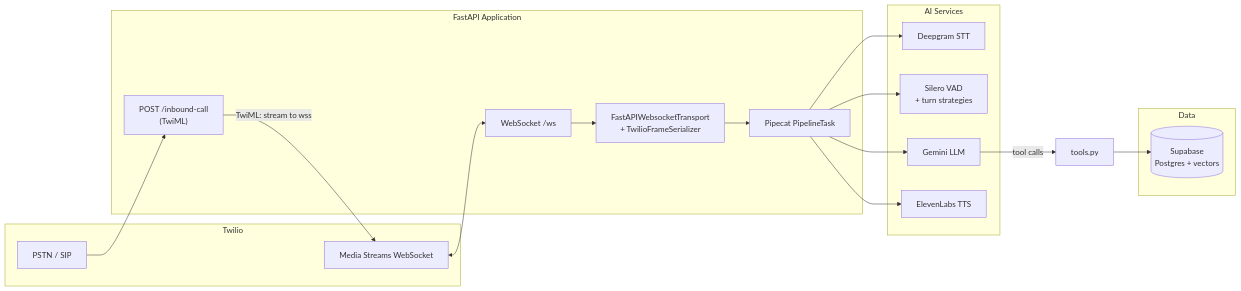
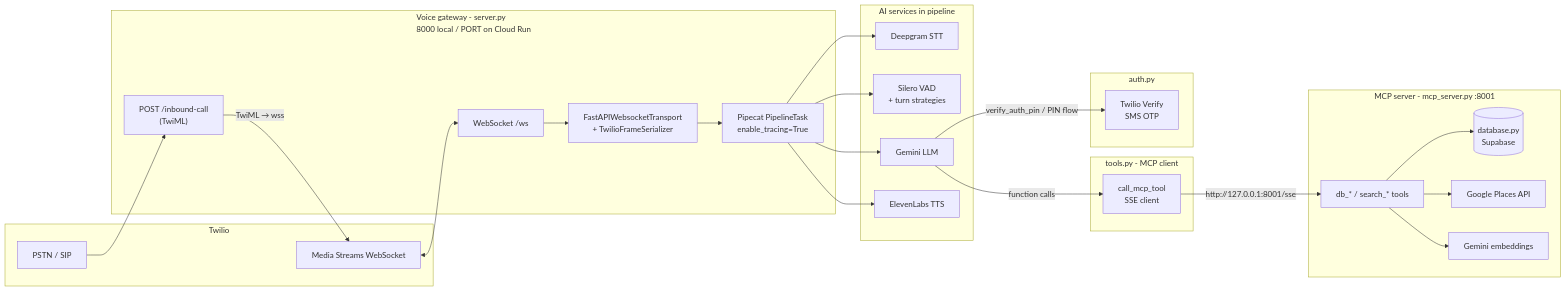
One commit to markesser55-spec/hotel-concierge-voice-agent changed the diagram in ARCHITECTURE.md. Above: the diagram before and after it, drawn with Mermaid. The commit also changed other lines of this file and 14 other files, not shown here.

````diff
--- a/ARCHITECTURE.md
+++ b/ARCHITECTURE.md
@@ -9,36 +9,51 @@
 ```mermaid
 flowchart LR
   subgraph twilio[Twilio]
     PSTN[PSTN / SIP]
     MS[Media Streams WebSocket]
   end
 
-  subgraph app[FastAPI Application]
+  subgraph voice[Voice gateway - server.py\n8000 local / PORT on Cloud Run]
     HTTP["POST /inbound-call\n(TwiML)"]
     WS["WebSocket /ws"]
     T[FastAPIWebsocketTransport\n+ TwilioFrameSerializer]
-    P[Pipecat PipelineTask]
+    P[Pipecat PipelineTask\nenable_tracing=True]
   end
 
-  subgraph ai[AI Services]
+  subgraph ai[AI services in pipeline]
     STT[Deepgram STT]
     VAD[Silero VAD\n+ turn strategies]
     LLM[Gemini LLM]
     TTS[ElevenLabs TTS]
   end
 
-  subgraph data[Data]
-    SB[(Supabase\nPostgres + vectors)]
+  subgraph tools[tools.py - MCP client]
+    TC[call_mcp_tool\nSSE client]
+  end
+
+  subgraph mcp[MCP server - mcp_server.py :8001]
+    MT[db_* / search_* tools]
+    DB[(database.py\nSupabase)]
+    MAPS[Google Places API]
+    EMB[Gemini embeddings]
+  end
+
+  subgraph authlayer[auth.py]
+    TV[Twilio Verify\nSMS OTP]
   end
 
   PSTN --> HTTP
-  HTTP -->|"TwiML: stream to wss"| MS
+  HTTP -->|"TwiML → wss"| MS
   MS <--> WS
   WS --> T --> P
   P --> STT
   P --> VAD
   P --> LLM
   P --> TTS
-  LLM -->|"tool calls"| Tools[tools.py]
-  Tools --> SB
+  LLM -->|"function calls"| TC
+  TC -->|"http://127.0.0.1:8001/sse"| MT
+  MT --> DB
+  MT --> MAPS
+  MT --> EMB
+  LLM -->|"verify_auth_pin / PIN flow"| TV
 ```
````
